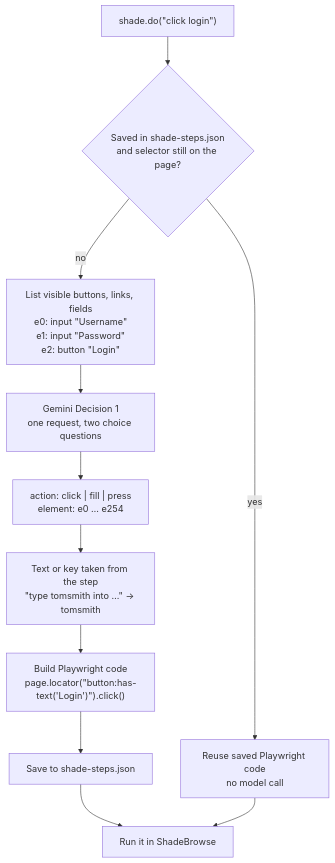
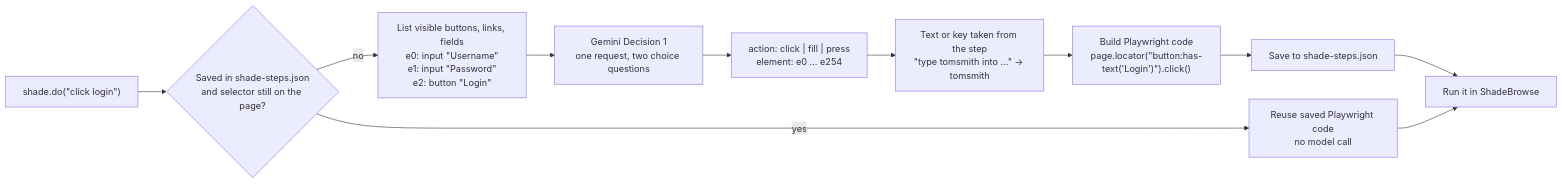
The diagram in README.md (naimurhasan/shadebrowse), drawn with Mermaid before and after one commit.

Commit message:
Lay out step diagram horizontally

````diff
--- a/README.md
+++ b/README.md
@@ -72,13 +72,13 @@
 ```mermaid
-flowchart TD
+flowchart LR
     A["shade.do(#quot;click login#quot;)"] --> B{"Saved in shade-steps.json<br/>and selector still on the page?"}
     B -- yes --> H["Reuse saved Playwright code<br/>no model call"]
     B -- no --> C["List visible buttons, links, fields<br/>e0: input #quot;Username#quot;<br/>e1: input #quot;Password#quot;<br/>e2: button #quot;Login#quot;"]
     C --> D["Gemini Decision 1<br/>one request, two choice questions"]
     D --> E["action: click | fill | press<br/>element: e0 … e254"]
     E --> F["Text or key taken from the step<br/>#quot;type tomsmith into …#quot; → tomsmith"]
     F --> G["Build Playwright code<br/>page.locator(#quot;button:has-text('Login')#quot;).click()"]
     G --> S["Save to shade-steps.json"]
     S --> R["Run it in ShadeBrowse"]
     H --> R
 ```
````
